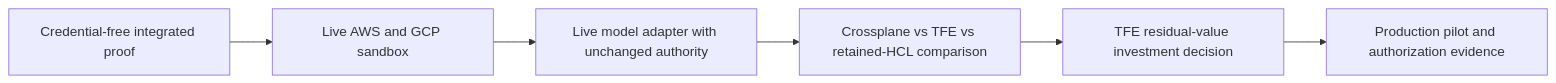
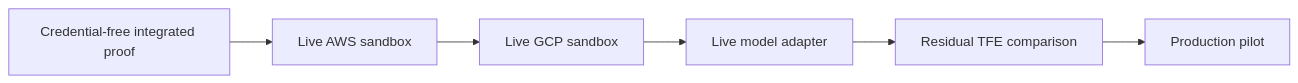
Before and after one commit to SAABOLImpactVenture/ai-powered-infrastructure-as-a-product: the fourth of 4 diagrams in README.md, drawn with Mermaid. The commit also changed other lines of this file and 1052 other files, not shown here.

First line of the commit message:
Supersede legacy accelerator stack with modern IaaP reference architecture (#91)

````diff
--- a/README.md
+++ b/README.md
@@ -285,8 +165,8 @@
 ```mermaid
 flowchart LR
-  P0[Credential-free integrated proof] --> P1[Live AWS and GCP sandbox]
-  P1 --> P2[Live model adapter with unchanged authority]
-  P2 --> P3[Crossplane vs TFE vs retained-HCL comparison]
-  P3 --> P4[TFE residual-value investment decision]
-  P4 --> P5[Production pilot and authorization evidence]
+  G0[Credential-free integrated proof] --> G1[Live AWS sandbox]
+  G1 --> G2[Live GCP sandbox]
+  G2 --> G3[Live model adapter]
+  G3 --> G4[Residual TFE comparison]
+  G4 --> G5[Production pilot]
 ```
````
